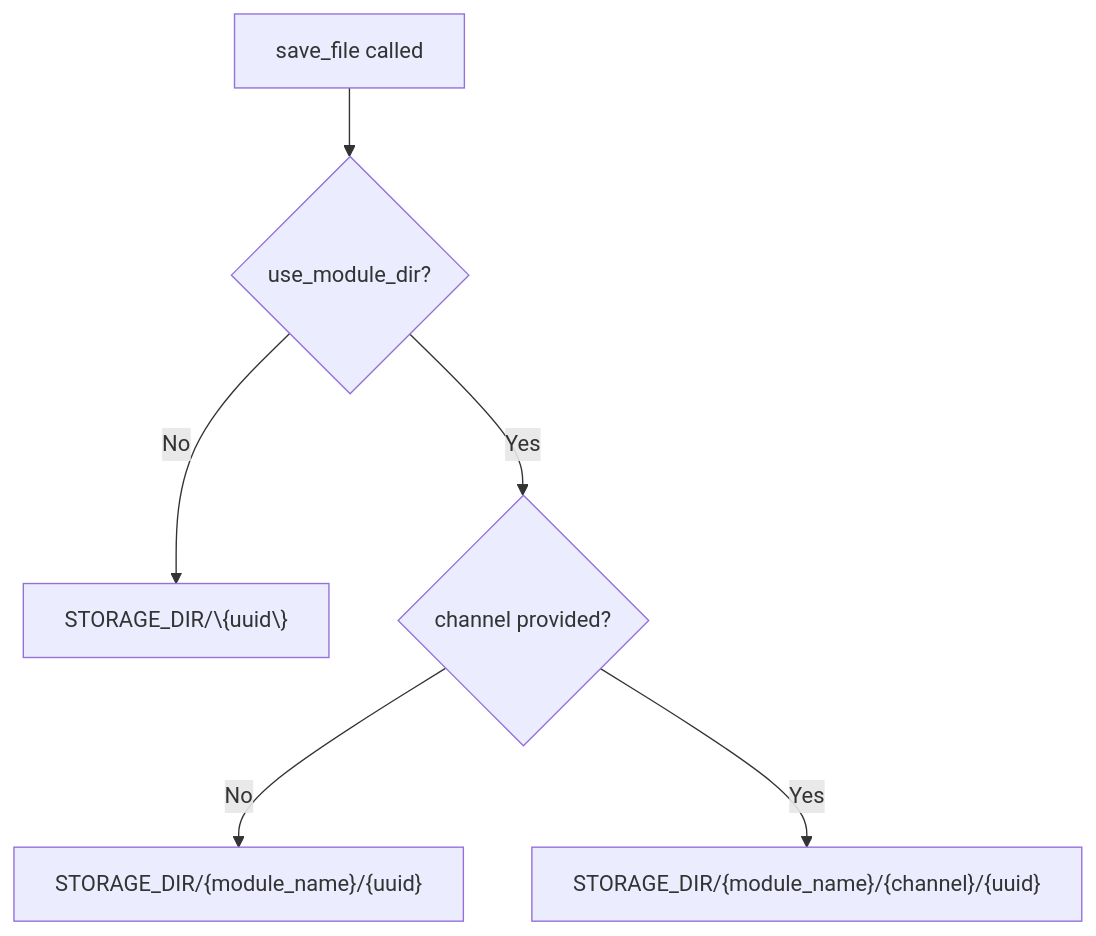
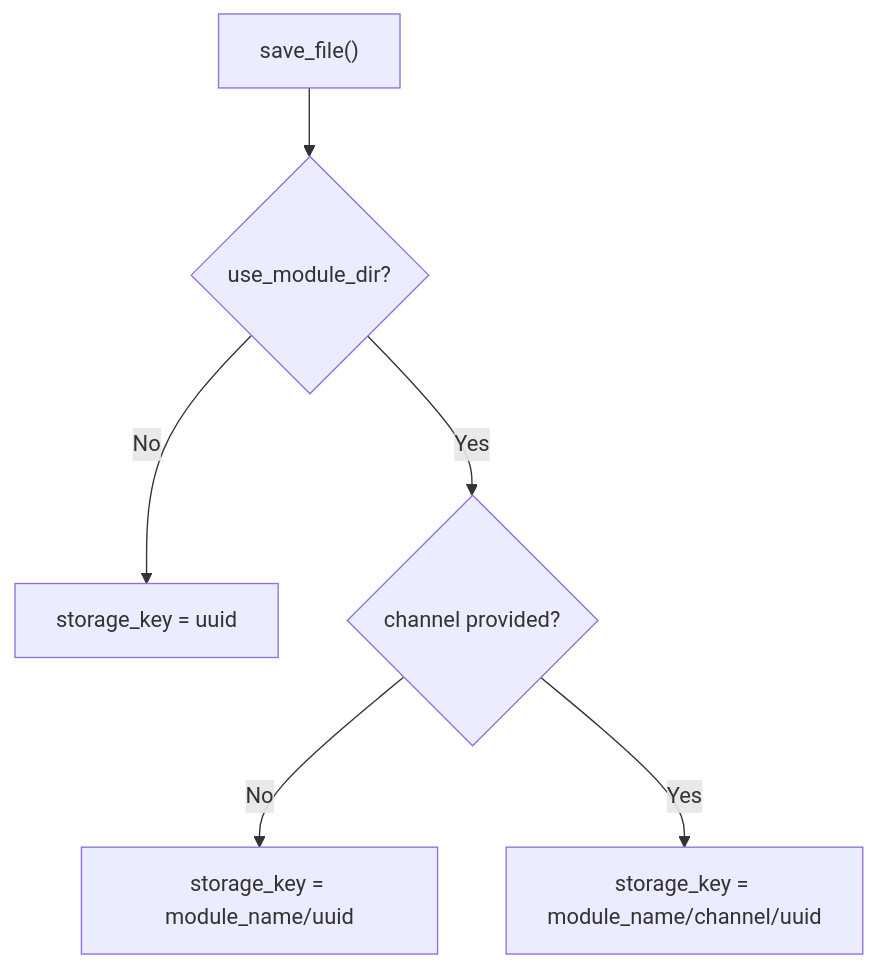
Before and after one commit to Jonas1015/chacc-file-manager: the third of 3 diagrams in README.md, drawn with Mermaid. The commit also changed other lines of this file and 4 other files, not shown here.

````diff
--- a/README.md
+++ b/README.md
@@ -162,8 +203,8 @@
 ```mermaid
 flowchart TB
-    A["save_file called"] --> B{"use_module_dir?"}
-    B -->|No| C["STORAGE_DIR/\{uuid\}"]
+    A["save_file()"] --> B{"use_module_dir?"}
+    B -->|No| C["storage_key = uuid"]
     B -->|Yes| D{"channel provided?"}
-    D -->|No| E["STORAGE_DIR/{module_name}/{uuid}"]
-    D -->|Yes| F["STORAGE_DIR/{module_name}/{channel}/{uuid}"]
+    D -->|No| E["storage_key = module_name/uuid"]
+    D -->|Yes| F["storage_key = module_name/channel/uuid"]
 ```
````
